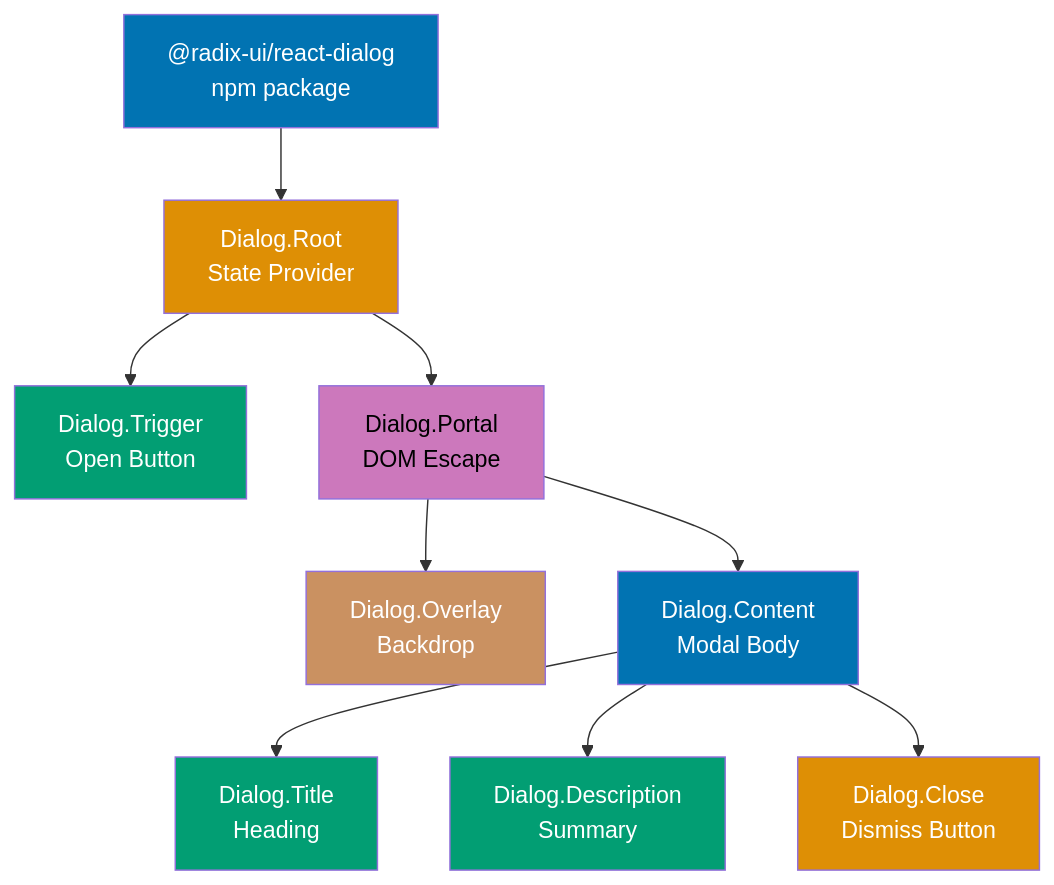
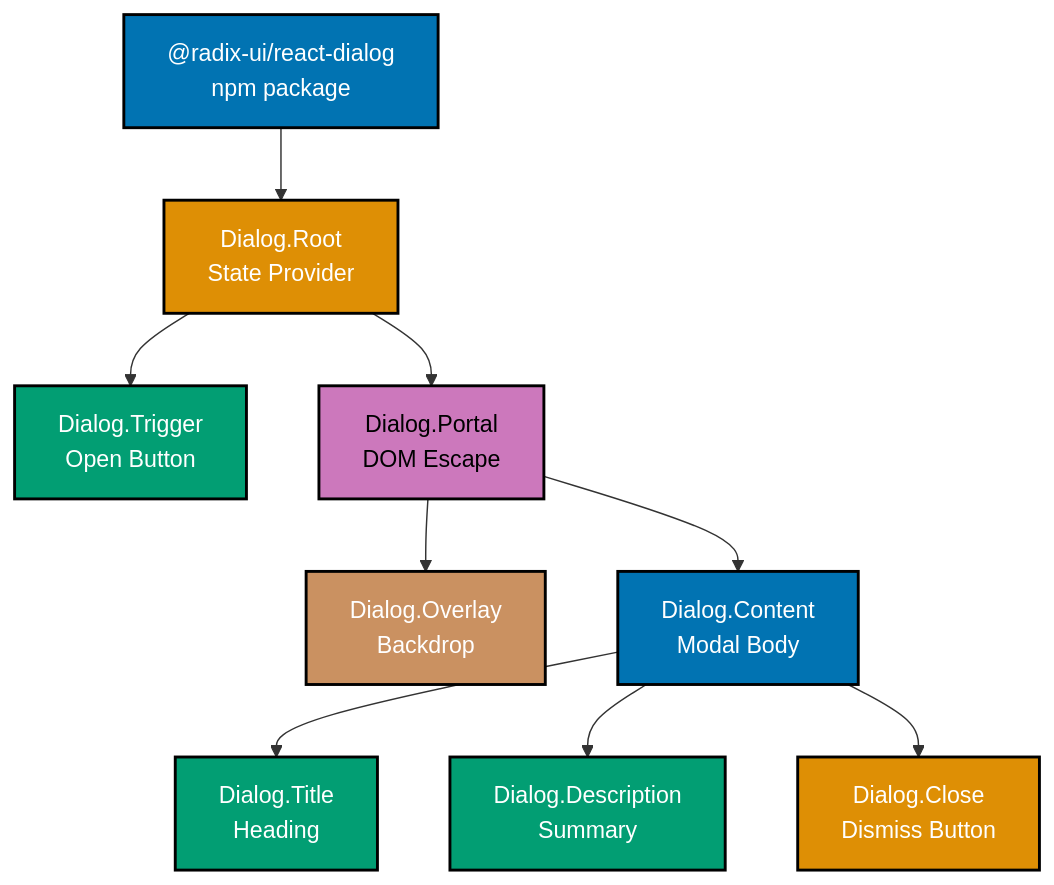
Before and after one commit to wahidyankf/open-sharia-enterprise: the first of 5 diagrams in apps/ayokoding-web/content/en/learn/software-engineering/platform-web/tools/fe-radix-ui/by-example/beginner.md, drawn with Mermaid. The commit also changed other lines of this file and 13 other files, not shown here.

````diff
--- a/apps/ayokoding-web/content/en/learn/software-engineering/platform-web/tools/fe-radix-ui/by-example/beginner.md
+++ b/apps/ayokoding-web/content/en/learn/software-engineering/platform-web/tools/fe-radix-ui/by-example/beginner.md
@@ -18,22 +18,22 @@
 ```mermaid
 %% Color Palette: Blue #0173B2, Orange #DE8F05, Teal #029E73, Purple #CC78BC, Brown #CA9161
 graph TD
     Package["@radix-ui/react-dialog<br/>npm package"] --> Root["Dialog.Root<br/>State Provider"]
     Root --> Trigger["Dialog.Trigger<br/>Open Button"]
     Root --> Portal["Dialog.Portal<br/>DOM Escape"]
     Portal --> Overlay["Dialog.Overlay<br/>Backdrop"]
     Portal --> Content["Dialog.Content<br/>Modal Body"]
     Content --> Title["Dialog.Title<br/>Heading"]
     Content --> Desc["Dialog.Description<br/>Summary"]
     Content --> Close["Dialog.Close<br/>Dismiss Button"]
 
-    style Package fill:#0173B2,color:#fff
-    style Root fill:#DE8F05,color:#fff
-    style Trigger fill:#029E73,color:#fff
-    style Portal fill:#CC78BC,color:#000
-    style Overlay fill:#CA9161,color:#fff
-    style Content fill:#0173B2,color:#fff
-    style Title fill:#029E73,color:#fff
-    style Desc fill:#029E73,color:#fff
-    style Close fill:#DE8F05,color:#fff
+    style Package fill:#0173B2,stroke:#000000,stroke-width:2px,color:#fff
+    style Root fill:#DE8F05,stroke:#000000,stroke-width:2px,color:#fff
+    style Trigger fill:#029E73,stroke:#000000,stroke-width:2px,color:#fff
+    style Portal fill:#CC78BC,stroke:#000000,stroke-width:2px,color:#000
+    style Overlay fill:#CA9161,stroke:#000000,stroke-width:2px,color:#fff
+    style Content fill:#0173B2,stroke:#000000,stroke-width:2px,color:#fff
+    style Title fill:#029E73,stroke:#000000,stroke-width:2px,color:#fff
+    style Desc fill:#029E73,stroke:#000000,stroke-width:2px,color:#fff
+    style Close fill:#DE8F05,stroke:#000000,stroke-width:2px,color:#fff
 ```
````
